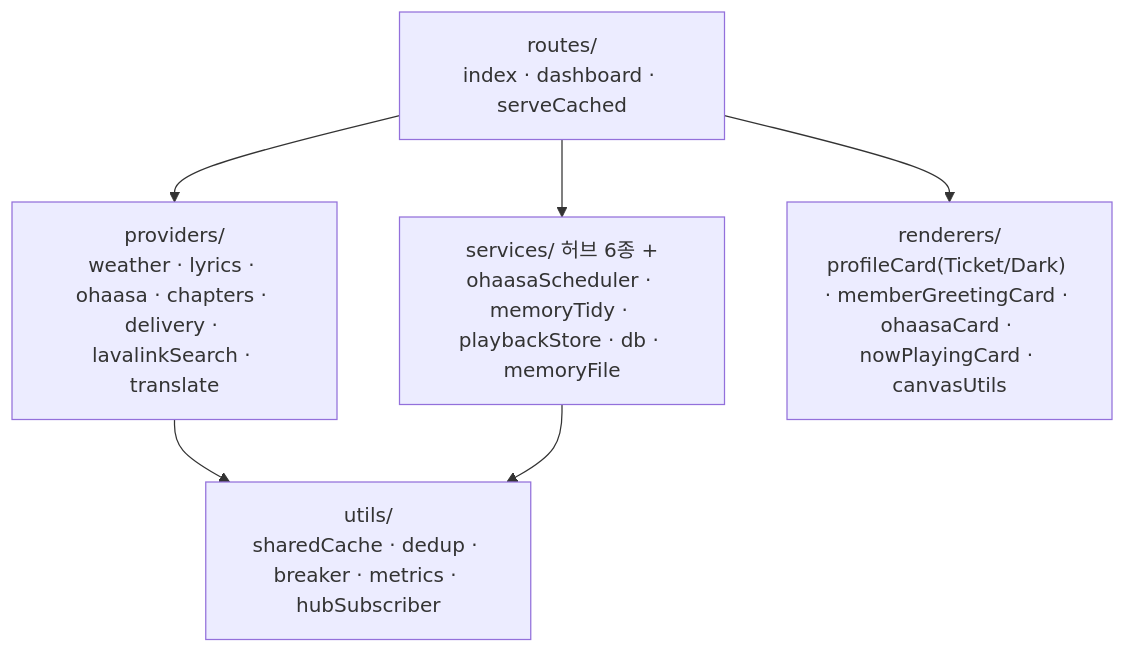
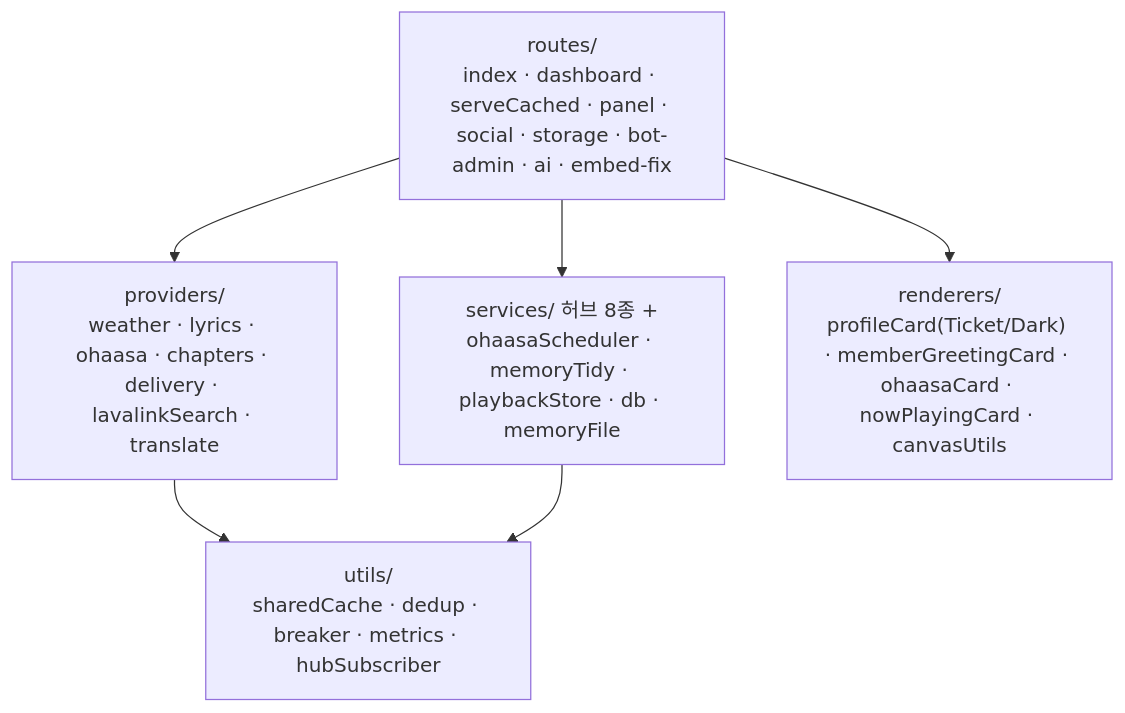
The third of 10 diagrams in docs/architecture.md (mochilabs/SiruBOT), drawn with Mermaid before and after one commit. The commit also changed other lines of this file and 3 other files, not shown here.

````diff
--- a/docs/architecture.md
+++ b/docs/architecture.md
@@ -189,8 +193,8 @@
 ```mermaid
 graph TB
-    R1["routes/<br/>index · dashboard · serveCached"] --> P["providers/<br/>weather · lyrics · ohaasa · chapters · delivery · lavalinkSearch · translate"]
-    R1 --> S["services/ 허브 6종 +<br/>ohaasaScheduler · memoryTidy · playbackStore · db · memoryFile"]
+    R1["routes/<br/>index · dashboard · serveCached · panel · social · storage · bot-admin · ai · embed-fix"] --> P["providers/<br/>weather · lyrics · ohaasa · chapters · delivery · lavalinkSearch · translate"]
+    R1 --> S["services/ 허브 8종 +<br/>ohaasaScheduler · memoryTidy · playbackStore · db · memoryFile"]
     R1 --> RD["renderers/<br/>profileCard(Ticket/Dark) · memberGreetingCard · ohaasaCard · nowPlayingCard · canvasUtils"]
     P --> U["utils/<br/>sharedCache · dedup · breaker · metrics · hubSubscriber"]
     S --> U
 ```
````
